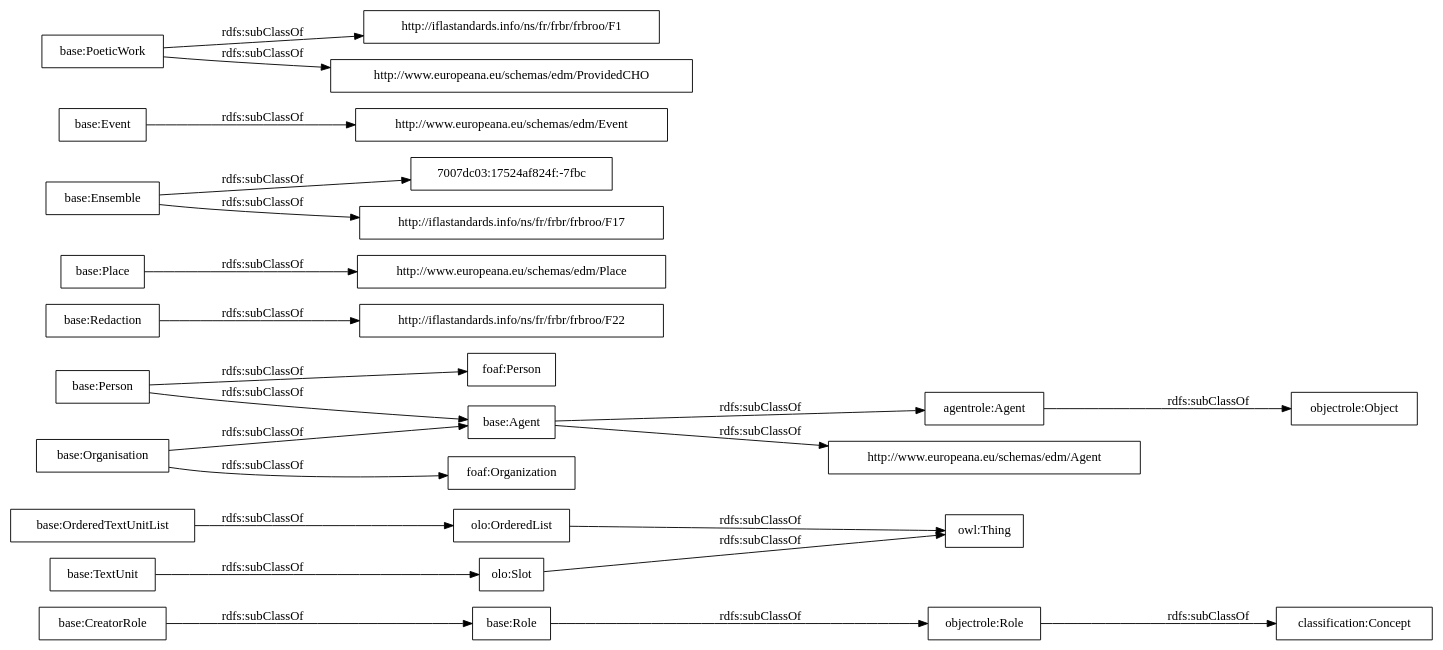
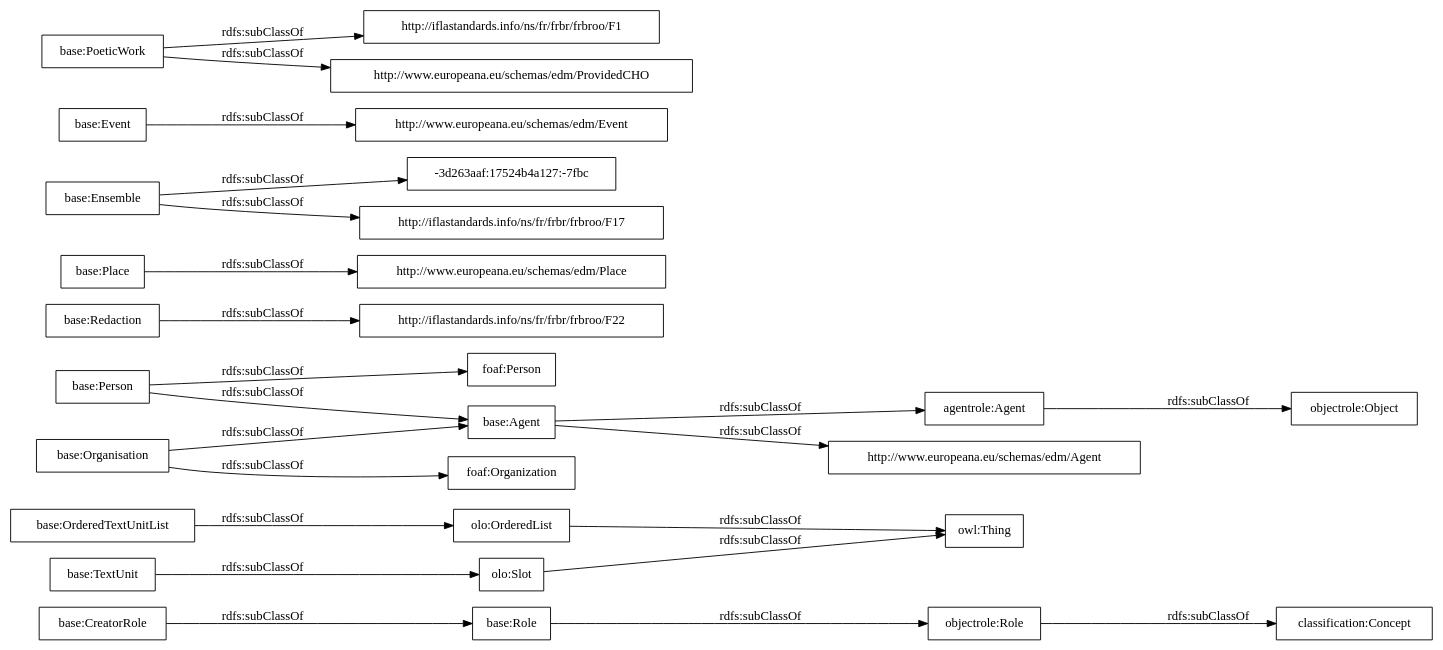
The diagram in OnToology/postdata-core.owl/diagrams/ar2dtool-taxonomy/postdata-core.owl.png.dot (OnToologyUser/core-ontology-1), drawn with Graphviz before and after one commit. The commit also changed 14 other files, not shown here.

```diff
--- a/OnToology/postdata-core.owl/diagrams/ar2dtool-taxonomy/postdata-core.owl.png.dot
+++ b/OnToology/postdata-core.owl/diagrams/ar2dtool-taxonomy/postdata-core.owl.png.dot
@@ -1,27 +1,27 @@
 digraph ar2dtool_diagram { 
 rankdir=LR;
 size="1000"
-node [shape = rectangle, color="black"]; "base:Role" "base:OrderedTextUnitList" "agentrole:Agent" "http://iflastandards.info/ns/fr/frbr/frbroo/F22" "http://www.europeana.eu/schemas/edm/Agent" "base:Agent" "base:CreatorRole" "base:Person" "base:Organisation" "http://www.europeana.eu/schemas/edm/Place" "base:Redaction" "base:Ensemble" "foaf:Person" "http://www.europeana.eu/schemas/edm/Event" "base:TextUnit" "foaf:Organization" "http://iflastandards.info/ns/fr/frbr/frbroo/F1" "7007dc03:17524af824f:-7fbc" "http://www.europeana.eu/schemas/edm/ProvidedCHO" "base:Place" "base:Event" "base:PoeticWork" "http://iflastandards.info/ns/fr/frbr/frbroo/F17" "owl:Thing" "objectrole:Role" "objectrole:Object" "olo:Slot" "olo:OrderedList" "classification:Concept" ; /*classes style*/
+node [shape = rectangle, color="black"]; "base:Role" "base:OrderedTextUnitList" "agentrole:Agent" "http://iflastandards.info/ns/fr/frbr/frbroo/F22" "http://www.europeana.eu/schemas/edm/Agent" "base:Agent" "base:CreatorRole" "base:Person" "base:Organisation" "http://www.europeana.eu/schemas/edm/Place" "base:Redaction" "base:Ensemble" "foaf:Person" "http://www.europeana.eu/schemas/edm/Event" "-3d263aaf:17524b4a127:-7fbc" "base:TextUnit" "foaf:Organization" "http://iflastandards.info/ns/fr/frbr/frbroo/F1" "http://www.europeana.eu/schemas/edm/ProvidedCHO" "base:Place" "base:Event" "base:PoeticWork" "http://iflastandards.info/ns/fr/frbr/frbroo/F17" "owl:Thing" "objectrole:Role" "objectrole:Object" "olo:Slot" "olo:OrderedList" "classification:Concept" ; /*classes style*/
 	"base:Redaction" -> "http://iflastandards.info/ns/fr/frbr/frbroo/F22" [ label = "rdfs:subClassOf" ];
 	"base:Role" -> "objectrole:Role" [ label = "rdfs:subClassOf" ];
 	"base:Event" -> "http://www.europeana.eu/schemas/edm/Event" [ label = "rdfs:subClassOf" ];
 	"base:Person" -> "foaf:Person" [ label = "rdfs:subClassOf" ];
 	"base:Person" -> "base:Agent" [ label = "rdfs:subClassOf" ];
 	"olo:OrderedList" -> "owl:Thing" [ label = "rdfs:subClassOf" ];
 	"olo:Slot" -> "owl:Thing" [ label = "rdfs:subClassOf" ];
 	"base:PoeticWork" -> "http://www.europeana.eu/schemas/edm/ProvidedCHO" [ label = "rdfs:subClassOf" ];
 	"base:PoeticWork" -> "http://iflastandards.info/ns/fr/frbr/frbroo/F1" [ label = "rdfs:subClassOf" ];
 	"base:TextUnit" -> "olo:Slot" [ label = "rdfs:subClassOf" ];
 	"agentrole:Agent" -> "objectrole:Object" [ label = "rdfs:subClassOf" ];
-	"base:Ensemble" -> "7007dc03:17524af824f:-7fbc" [ label = "rdfs:subClassOf" ];
+	"base:Ensemble" -> "-3d263aaf:17524b4a127:-7fbc" [ label = "rdfs:subClassOf" ];
 	"base:Ensemble" -> "http://iflastandards.info/ns/fr/frbr/frbroo/F17" [ label = "rdfs:subClassOf" ];
 	"base:OrderedTextUnitList" -> "olo:OrderedList" [ label = "rdfs:subClassOf" ];
 	"base:Agent" -> "agentrole:Agent" [ label = "rdfs:subClassOf" ];
 	"base:Agent" -> "http://www.europeana.eu/schemas/edm/Agent" [ label = "rdfs:subClassOf" ];
 	"objectrole:Role" -> "classification:Concept" [ label = "rdfs:subClassOf" ];
 	"base:Place" -> "http://www.europeana.eu/schemas/edm/Place" [ label = "rdfs:subClassOf" ];
 	"base:Organisation" -> "foaf:Organization" [ label = "rdfs:subClassOf" ];
 	"base:Organisation" -> "base:Agent" [ label = "rdfs:subClassOf" ];
 	"base:CreatorRole" -> "base:Role" [ label = "rdfs:subClassOf" ];
 
 }
```
